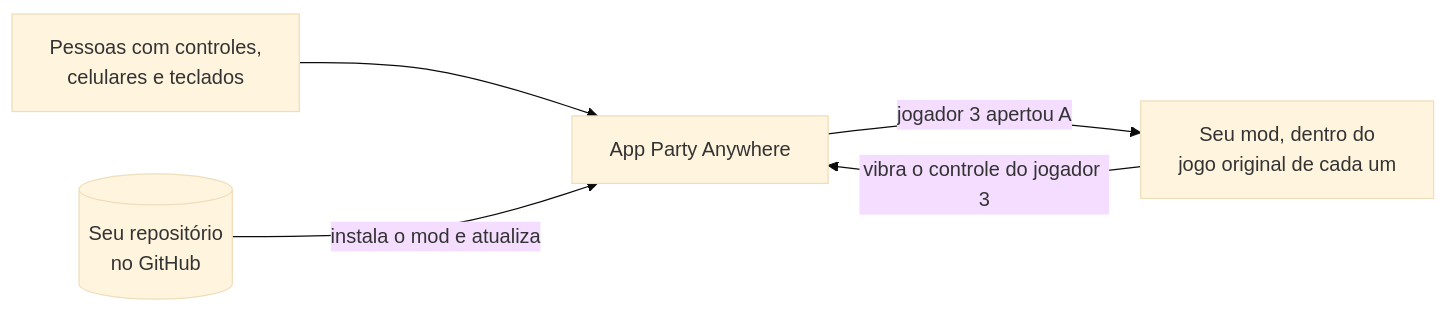
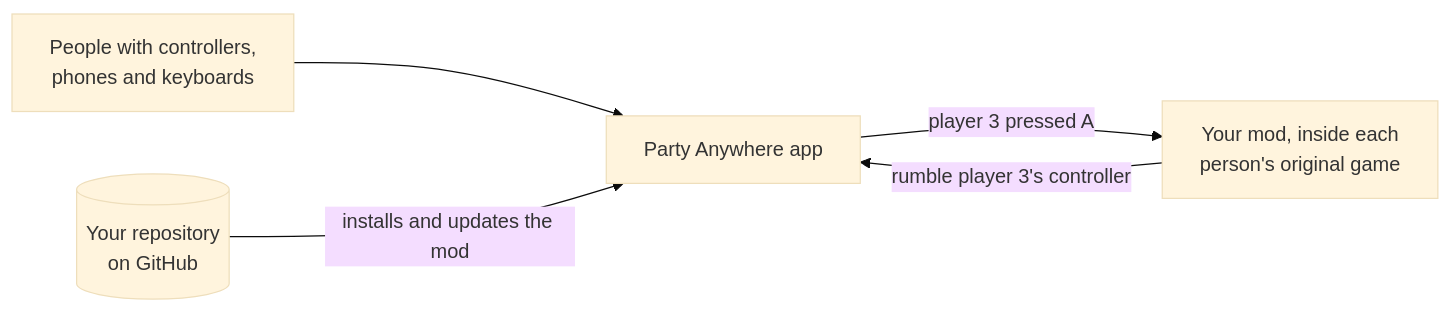
Before and after one commit to joaocaioo/party-anywhere: the diagram in README.md, drawn with Mermaid (base theme). The commit also changed other lines of this file and 20 other files, not shown here.

````diff
--- a/README.md
+++ b/README.md
@@ -98,7 +139,7 @@
 ```mermaid
 flowchart LR
-  P[Pessoas com controles,<br/>celulares e teclados] --> H[App Party Anywhere]
-  H -- "jogador 3 apertou A" --> M[Seu mod, dentro do<br/>jogo original de cada um]
-  M -- "vibra o controle do jogador 3" --> H
-  G[(Seu repositório<br/>no GitHub)] -- instala o mod e atualiza --> H
+  P[People with controllers,<br/>phones and keyboards] --> H[Party Anywhere app]
+  H -- "player 3 pressed A" --> M[Your mod, inside each<br/>person's original game]
+  M -- "rumble player 3's controller" --> H
+  G[(Your repository<br/>on GitHub)] -- installs and updates the mod --> H
 ```
````
